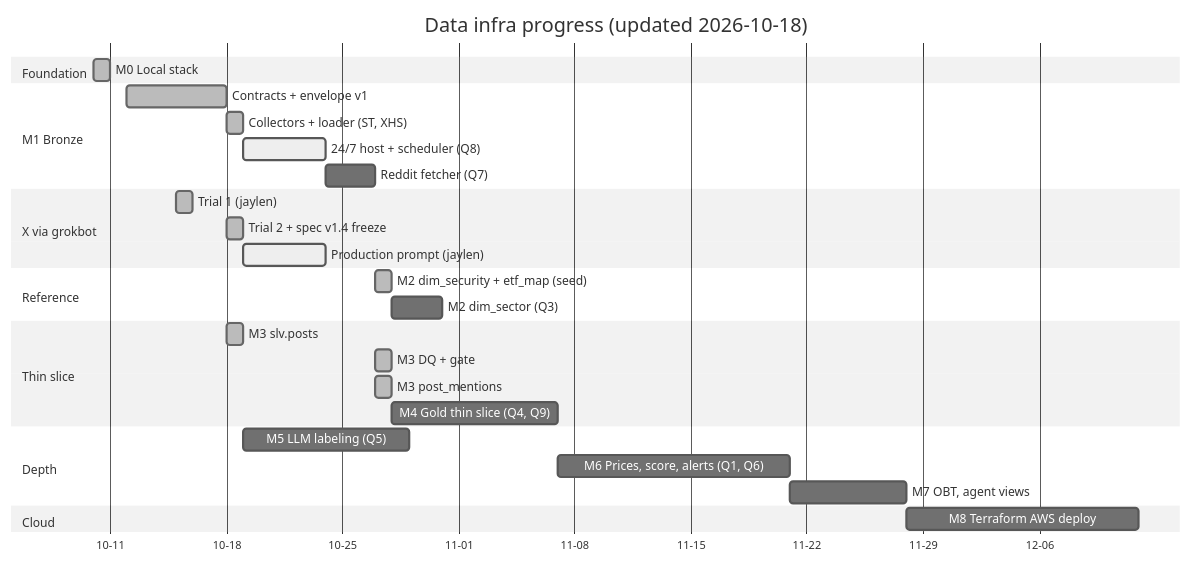
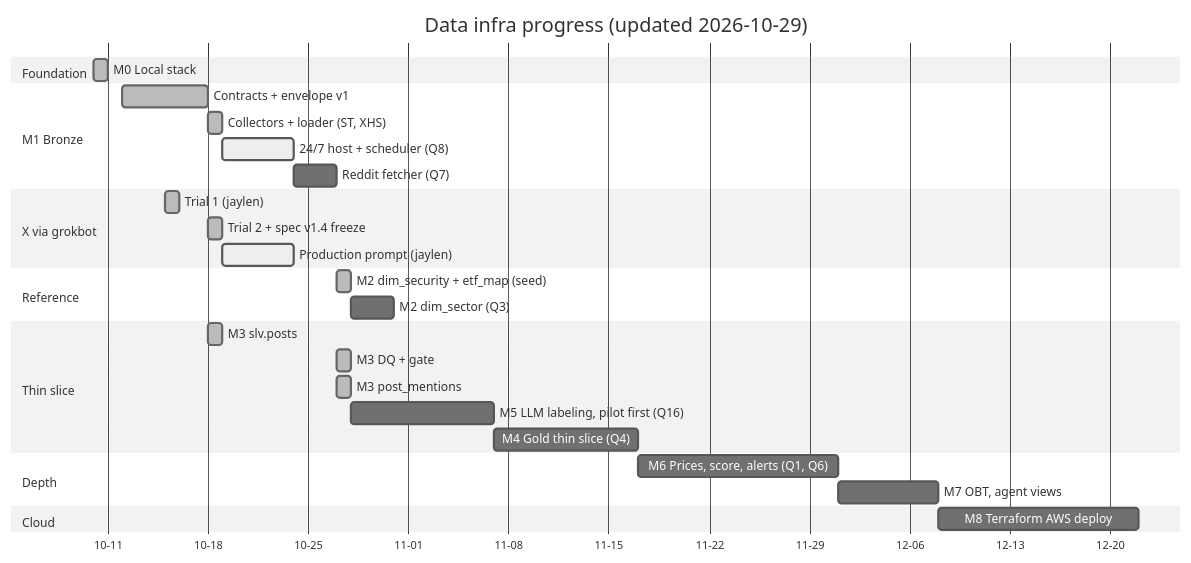
Before and after one commit to EZmoneySniper250/StockEmotionsCoMemory: the diagram in Phases & Milestones.md, drawn with Mermaid (neutral theme). The commit also changed other lines of this file, not shown here.

Commit message:
status(roadmap): m5 llm labeling moves ahead of m4 gold [ai:jerry]

````diff
--- a/Phases & Milestones.md
+++ b/Phases & Milestones.md
@@ -31,32 +33,32 @@
 ```mermaid
 gantt
-    title Data infra progress (updated 2026-10-18)
+    title Data infra progress (updated 2026-10-29)
     dateFormat YYYY-MM-DD
     axisFormat %m-%d
     todayMarker on
     section Foundation
     M0 Local stack                        :done, m0, 2026-10-10, 1d
     section M1 Bronze
     Contracts + envelope v1               :done, m1a, 2026-10-12, 2026-10-18
     Collectors + loader (ST, XHS)         :done, m1b, 2026-10-18, 1d
     24/7 host + scheduler (Q8)            :active, m1c, 2026-10-19, 5d
     Reddit fetcher (Q7)                   :m1d, after m1c, 3d
     section X via grokbot
     Trial 1 (jaylen)                      :done, x1, 2026-10-15, 1d
     Trial 2 + spec v1.4 freeze            :done, x2, 2026-10-18, 1d
     Production prompt (jaylen)            :active, x3, 2026-10-19, 5d
     section Reference
     M2 dim_security + etf_map (seed)      :done, m2, 2026-10-27, 1d
     M2 dim_sector (Q3)                    :m2b, after m2, 3d
     section Thin slice
     M3 slv.posts                          :done, m3a, 2026-10-18, 1d
     M3 DQ + gate                          :done, m3c, 2026-10-27, 1d
     M3 post_mentions                      :done, m3b, 2026-10-27, 1d
-    M4 Gold thin slice (Q4, Q9)           :m4, after m3b, 10d
+    M5 LLM labeling, pilot first (Q16)    :m5, after m3b, 10d
+    M4 Gold thin slice (Q4)               :m4, after m5, 10d
     section Depth
-    M5 LLM labeling (Q5)                  :m5, after m3a, 10d
     M6 Prices, score, alerts (Q1, Q6)     :m6, after m4, 14d
     M7 OBT, agent views                   :m7, after m6, 7d
     section Cloud
     M8 Terraform AWS deploy               :m8, after m7, 14d
 ```
````
